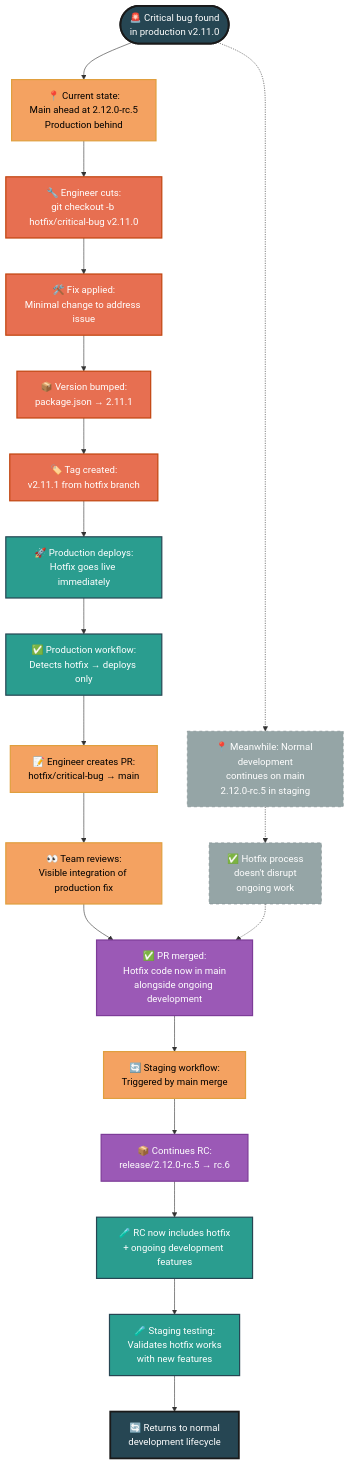
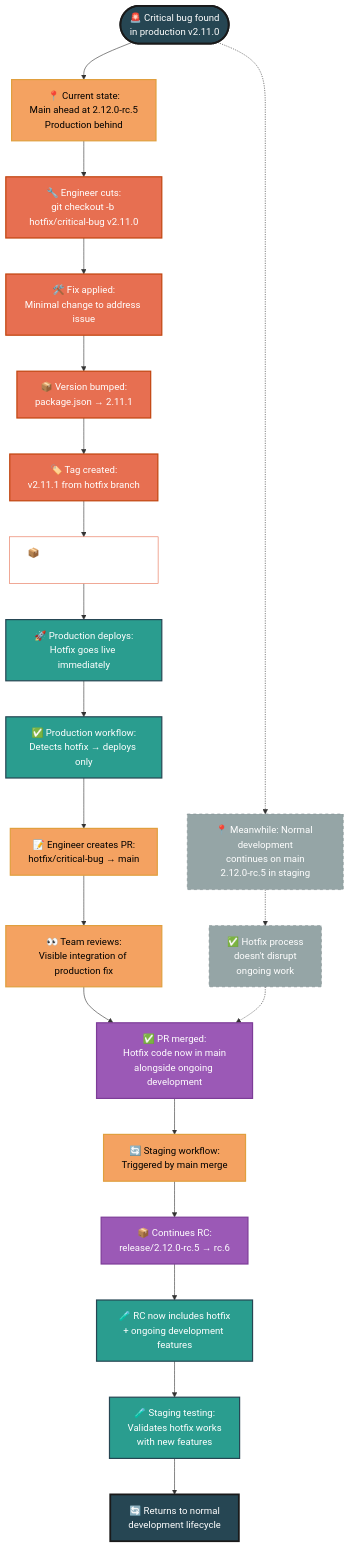
The diagram in docs/hotfix-lifecycle-flow.md (adsupnow/cliq-rc-scripts), drawn with Mermaid before and after one commit. The commit also changed other lines of this file and 6 other files, not shown here.

````diff
--- a/docs/hotfix-lifecycle-flow.md
+++ b/docs/hotfix-lifecycle-flow.md
@@ -5,44 +5,45 @@
 ```mermaid
 %%{init: {'theme':'base', 'themeVariables': { 'primaryColor': '#E76F51', 'primaryTextColor': '#ffffff', 'primaryBorderColor': '#E76F51', 'lineColor': '#333333', 'secondaryColor': '#2A9D8F', 'tertiaryColor': '#F4A261', 'background': '#ffffff', 'mainBkg': '#ffffff'}, 'flowchart': {'nodeSpacing': 50, 'rankSpacing': 60}}}%%
 flowchart TD
     Issue([🚨 Critical bug found<br/>in production v2.11.0]) --> CurrentState[📍 Current state:<br/>Main ahead at 2.12.0-rc.5<br/>Production behind]
     
     CurrentState --> CutHotfix[🔧 Engineer cuts:<br/>git checkout -b hotfix/critical-bug v2.11.0]
     CutHotfix --> ApplyFix[🛠️ Fix applied:<br/>Minimal change to address issue]
     ApplyFix --> BumpVersion[📦 Version bumped:<br/>package.json → 2.11.1]
     
     BumpVersion --> CreateTag[🏷️ Tag created:<br/>v2.11.1 from hotfix branch]
-    CreateTag --> ProdDeploy[🚀 Production deploys:<br/>Hotfix goes live immediately]
+    CreateTag --> CreateRelease[📦 Create GitHub Release:<br/>Publishes v2.11.1]
+    CreateRelease --> ProdDeploy[🚀 Production deploys:<br/>Hotfix goes live immediately]
     ProdDeploy --> ProdWorkflow[✅ Production workflow:<br/>Detects hotfix → deploys only]
     
     ProdWorkflow --> CreatePR[📝 Engineer creates PR:<br/>hotfix/critical-bug → main]
     CreatePR --> TeamReview[👀 Team reviews:<br/>Visible integration of production fix]
     TeamReview --> MergePR[✅ PR merged:<br/>Hotfix code now in main<br/>alongside ongoing development]
     
     MergePR --> StagingTrigger[🔄 Staging workflow:<br/>Triggered by main merge]
     StagingTrigger --> ContinueRC[📦 Continues RC:<br/>release/2.12.0-rc.5 → rc.6]
     ContinueRC --> HotfixInRC[🧪 RC now includes hotfix<br/>+ ongoing development features]
     HotfixInRC --> StagingValidation[🧪 Staging testing:<br/>Validates hotfix works<br/>with new features]
     
     StagingValidation --> NormalFlow[🔄 Returns to normal<br/>development lifecycle]
     
     %% Parallel ongoing development
     Issue -.-> OngoingDev[📍 Meanwhile: Normal development<br/>continues on main<br/>2.12.0-rc.5 in staging]
     OngoingDev -.-> NotDisrupted[✅ Hotfix process<br/>doesn't disrupt<br/>ongoing work]
     NotDisrupted -.-> MergePR
     
     %% Styling
     classDef hotfixNode fill:#E76F51,stroke:#C1440E,stroke-width:2px,color:#ffffff
     classDef prodNode fill:#2A9D8F,stroke:#264653,stroke-width:2px,color:#ffffff
     classDef processNode fill:#F4A261,stroke:#E09F3E,stroke-width:2px,color:#000000
     classDef integrationNode fill:#9B59B6,stroke:#7D3C98,stroke-width:2px,color:#ffffff
     classDef startEndNode fill:#264653,stroke:#1A1A1A,stroke-width:3px,color:#ffffff
     classDef ongoingNode fill:#95A5A6,stroke:#7F8C8D,stroke-width:1px,color:#ffffff,stroke-dasharray: 5 5
     
     class Issue,NormalFlow startEndNode
     class CutHotfix,ApplyFix,BumpVersion,CreateTag hotfixNode
     class ProdDeploy,ProdWorkflow,HotfixInRC,StagingValidation prodNode
     class CurrentState,CreatePR,TeamReview,StagingTrigger processNode
     class MergePR,ContinueRC integrationNode
     class OngoingDev,NotDisrupted ongoingNode
 ```
````
